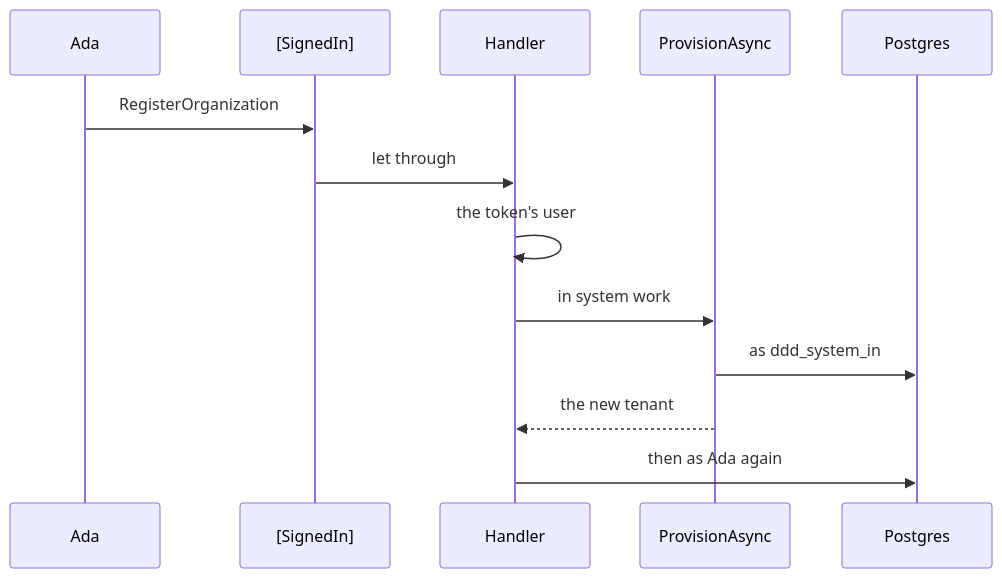
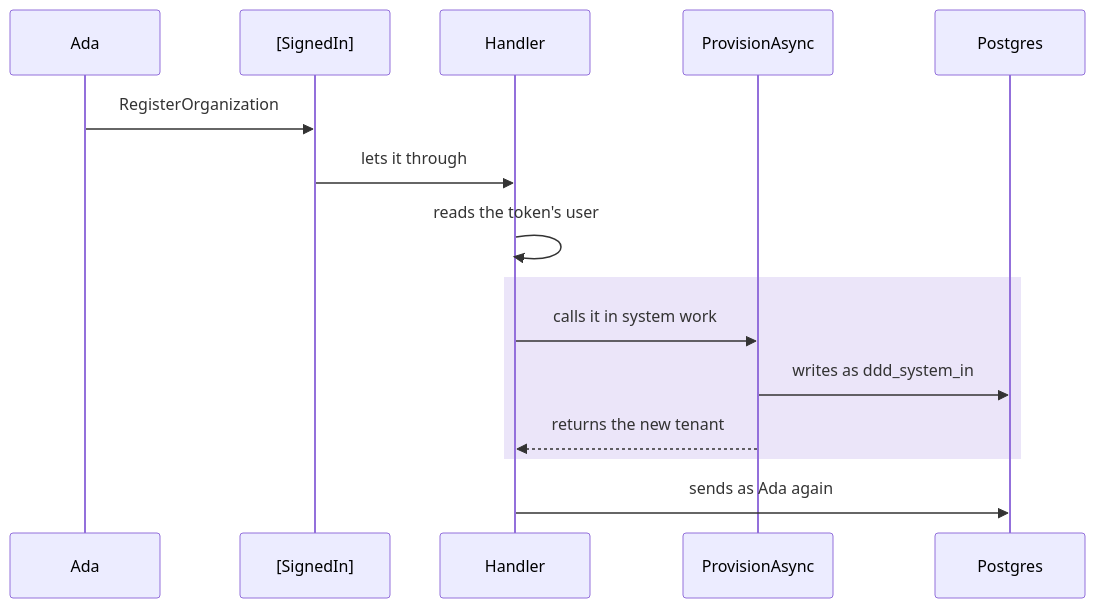
One commit to DylanSnel/DDDToolkit changed the sixth of 6 diagrams in docs/how-a-request-is-checked.md. Above: the diagram before and after it, drawn with Mermaid. The commit also changed other lines of this file and 41 other files, not shown here.

First line of the commit message:
Docs: plain prose, one word per concept, and readable diagrams on every page

````diff
--- a/docs/how-a-request-is-checked.md
+++ b/docs/how-a-request-is-checked.md
@@ -850,15 +930,17 @@
 ```mermaid
 sequenceDiagram
     participant Ada
-    participant Door as [SignedIn]
+    participant Checks as [SignedIn]
     participant Handler
     participant Tenancy as ProvisionAsync
     participant Postgres
-    Ada->>Door: RegisterOrganization
-    Door->>Handler: let through
-    Handler->>Handler: the token's user
-    Handler->>Tenancy: in system work
-    Tenancy->>Postgres: as ddd_system_in
-    Tenancy-->>Handler: the new tenant
-    Handler->>Postgres: then as Ada again
+    Ada->>Checks: RegisterOrganization
+    Checks->>Handler: lets it through
+    Handler->>Handler: reads the token's user
+    rect rgba(91, 46, 201, 0.12)
+    Handler->>Tenancy: calls it in system work
+    Tenancy->>Postgres: writes as ddd_system_in
+    Tenancy-->>Handler: returns the new tenant
+    end
+    Handler->>Postgres: sends as Ada again
 ```
````
